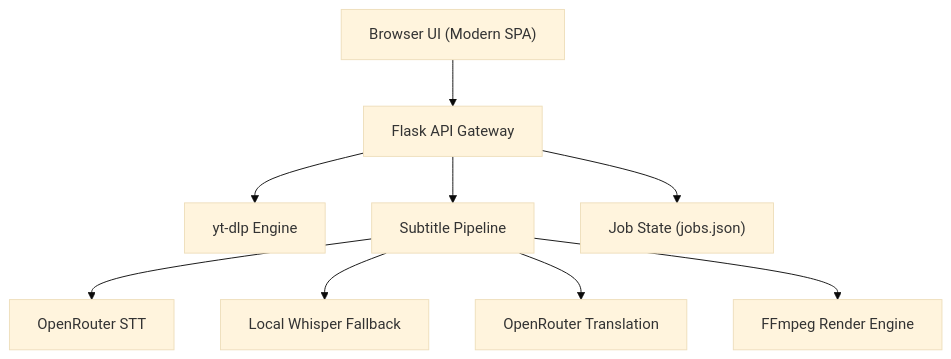
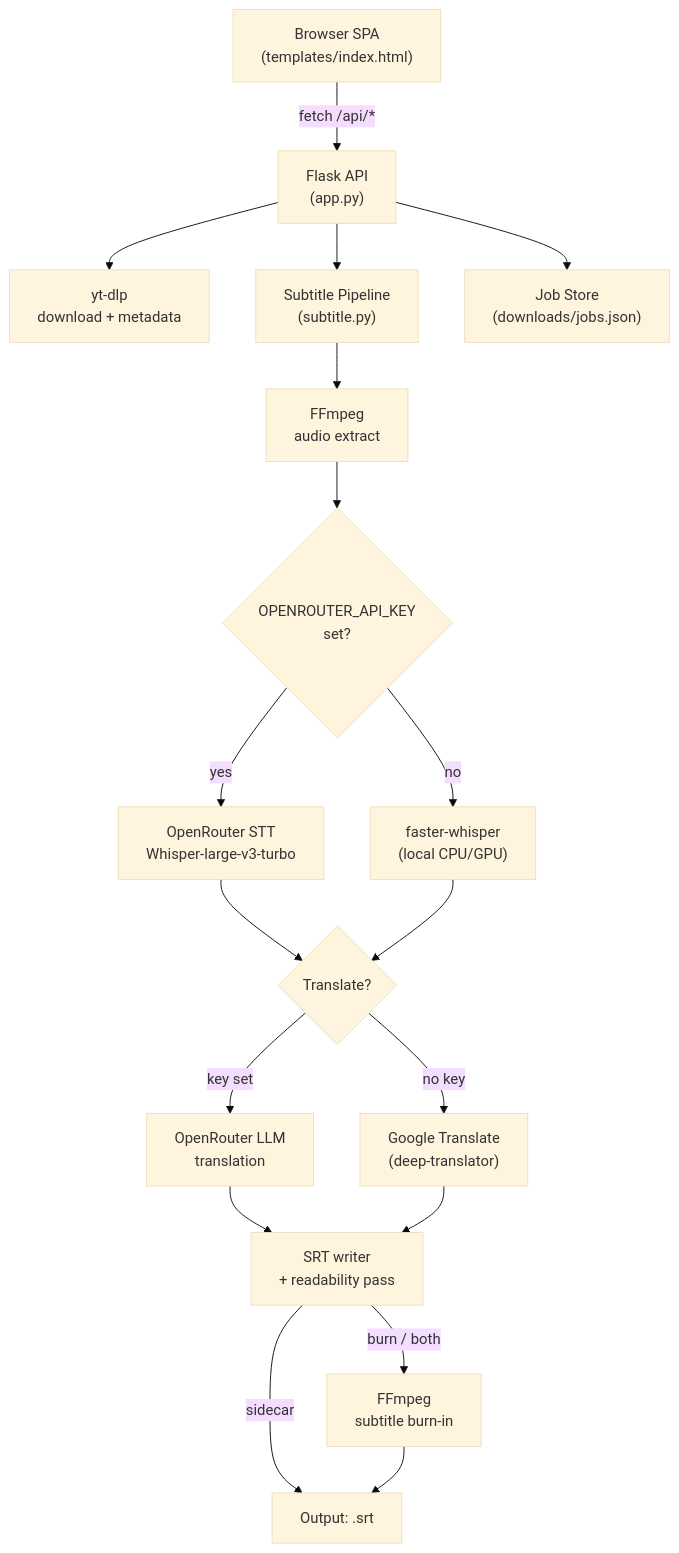
One commit to palamut62/subclip changed the diagram in README.md. Above: the diagram before and after it, drawn with Mermaid (base theme). The commit also changed other lines of this file, not shown here.

````diff
--- a/README.md
+++ b/README.md
@@ -76,11 +117,20 @@
 ```mermaid
 graph TD
-    UI["Browser UI (Modern SPA)"] --> API["Flask API Gateway"]
-    API --> YTDLP["yt-dlp Engine"]
-    API --> SUB["Subtitle Pipeline"]
-    SUB --> ORSTT["OpenRouter STT"]
-    SUB --> LWS["Local Whisper Fallback"]
-    SUB --> ORTR["OpenRouter Translation"]
-    SUB --> FFMPEG["FFmpeg Render Engine"]
-    API --> JOBS["Job State (jobs.json)"]
+    UI["Browser SPA<br/>(templates/index.html)"] -->|fetch /api/*| API["Flask API<br/>(app.py)"]
+    API --> YTDLP["yt-dlp<br/>download + metadata"]
+    API --> SUB["Subtitle Pipeline<br/>(subtitle.py)"]
+    API --> JOBS["Job Store<br/>(downloads/jobs.json)"]
+    SUB --> EXTR["FFmpeg<br/>audio extract"]
+    EXTR --> STT{"OPENROUTER_API_KEY<br/>set?"}
+    STT -->|yes| ORSTT["OpenRouter STT<br/>Whisper-large-v3-turbo"]
+    STT -->|no| LWS["faster-whisper<br/>(local CPU/GPU)"]
+    ORSTT --> TRN{"Translate?"}
+    LWS --> TRN
+    TRN -->|key set| ORTR["OpenRouter LLM<br/>translation"]
+    TRN -->|no key| GTR["Google Translate<br/>(deep-translator)"]
+    ORTR --> SRT["SRT writer<br/>+ readability pass"]
+    GTR --> SRT
+    SRT -->|sidecar| OUT["Output: .srt"]
+    SRT -->|burn / both| BURN["FFmpeg<br/>subtitle burn-in"]
+    BURN --> OUT
 ```
````
